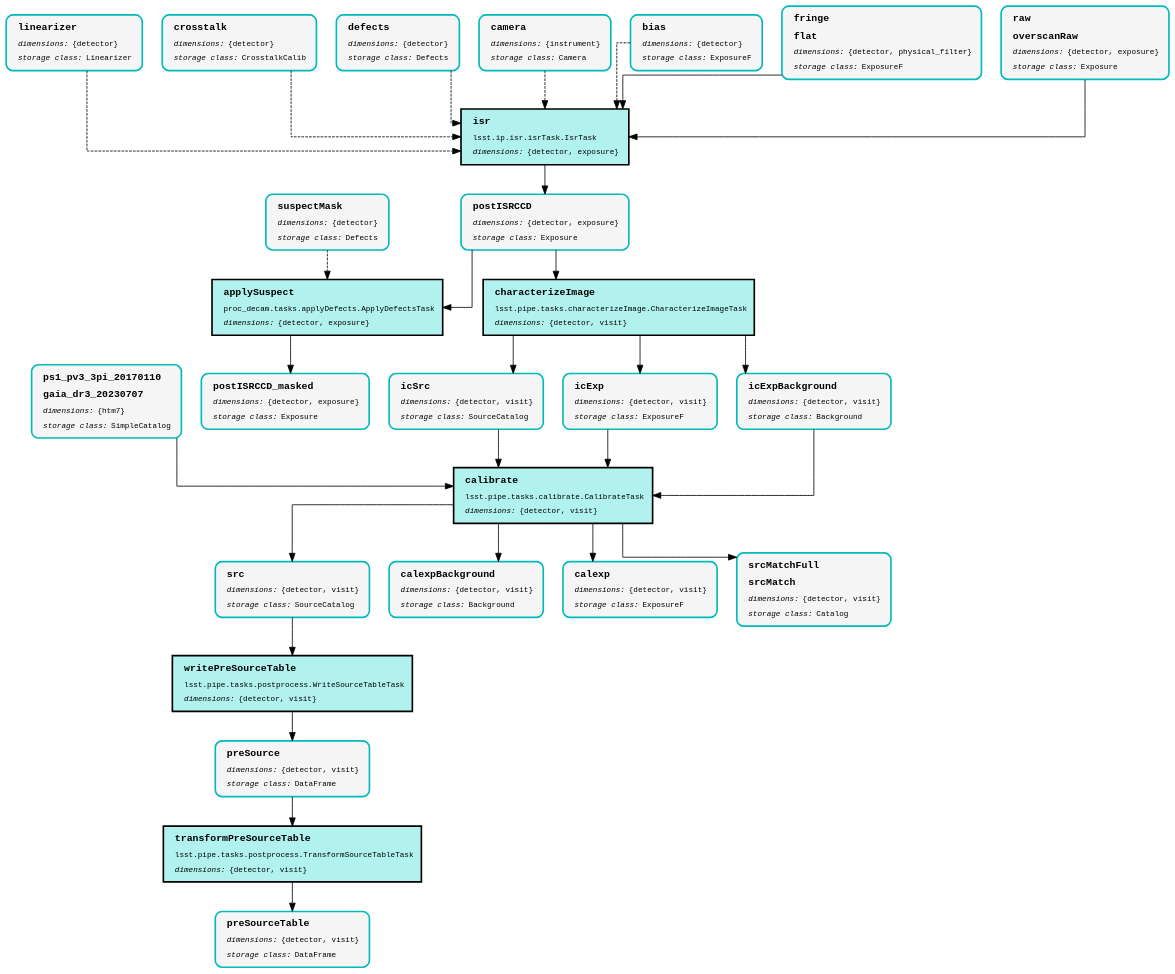
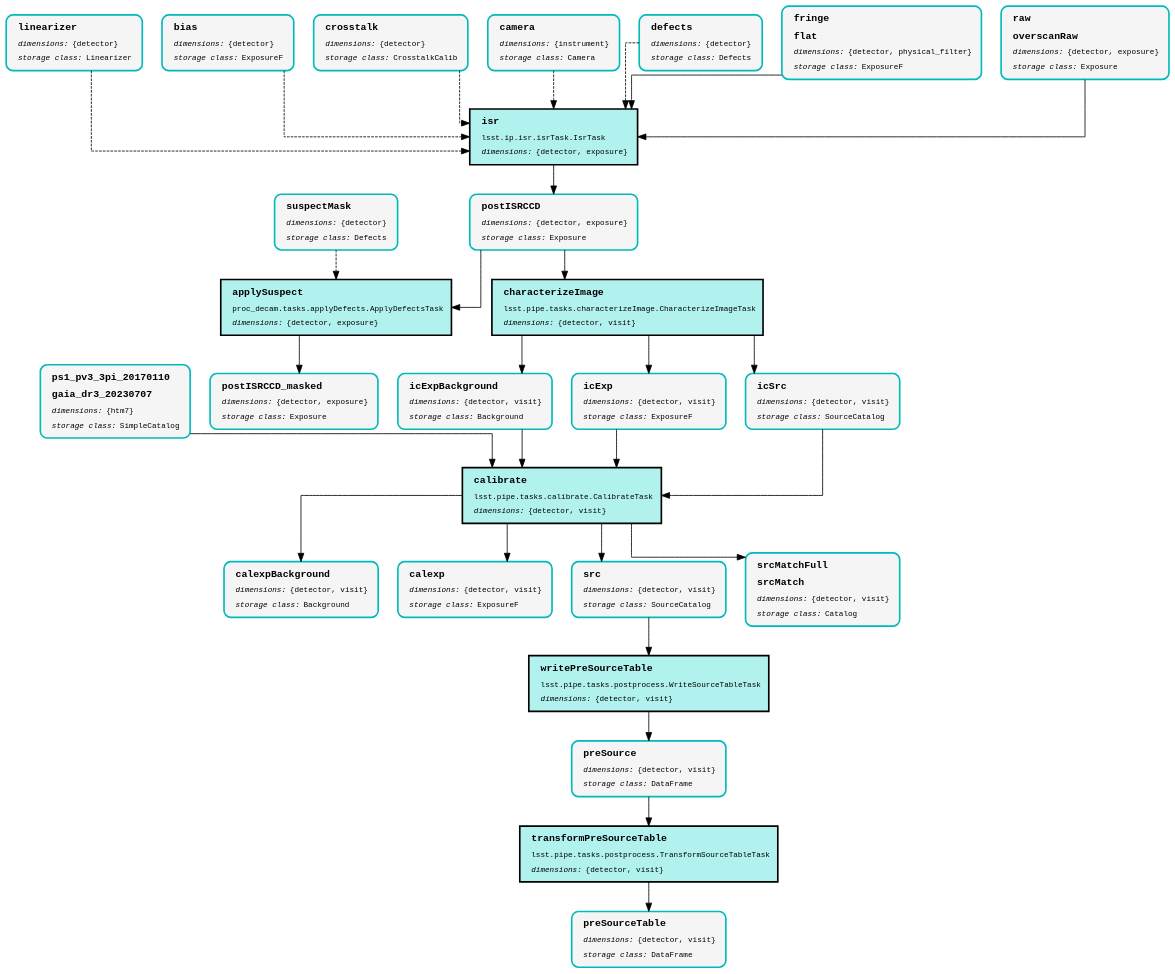
Before and after one commit to dirac-institute/proc-decam: the diagram in pipelines/DRP/step1/pipeline.dot, drawn with Graphviz. The commit also changed other lines of this file and 67 other files, not shown here.

```diff
--- a/pipelines/DRP/step1/pipeline.dot
+++ b/pipelines/DRP/step1/pipeline.dot
@@ -1,58 +1,58 @@
 digraph Pipeline {
 graph [splines="ortho", nodesep="0.5", ranksep="0.75"];
 node [shape="box", fontname="Monospace", fontsize="14", margin="0.2,0.1", penwidth="3"];
 edge [color="black", arrowsize="1.5", penwidth="1.5", pad="10mm"];
 "isr:2" [style="filled", color="black", fillcolor="#B1F2EF", label=<<TABLE BORDER="0" CELLPADDING="5"><TR><TD ALIGN="LEFT"><B><FONT POINT-SIZE="18">isr</FONT></B></TD></TR><TR><TD ALIGN="LEFT">lsst.ip.isr.isrTask.IsrTask</TD></TR><TR><TD ALIGN="LEFT"><I>dimensions:</I>&nbsp;{detector, exposure}</TD></TR></TABLE>>];
 "linearizer:0" [style="rounded,filled,bold", color="#00BABC", fillcolor="#F5F5F5", label=<<TABLE BORDER="0" CELLPADDING="5"><TR><TD ALIGN="LEFT"><B><FONT POINT-SIZE="18">linearizer</FONT></B></TD></TR><TR><TD ALIGN="LEFT"><I>dimensions:</I>&nbsp;{detector}</TD></TR><TR><TD ALIGN="LEFT"><I>storage class:</I>&nbsp;Linearizer</TD></TR></TABLE>>];
+"bias:0" [style="rounded,filled,bold", color="#00BABC", fillcolor="#F5F5F5", label=<<TABLE BORDER="0" CELLPADDING="5"><TR><TD ALIGN="LEFT"><B><FONT POINT-SIZE="18">bias</FONT></B></TD></TR><TR><TD ALIGN="LEFT"><I>dimensions:</I>&nbsp;{detector}</TD></TR><TR><TD ALIGN="LEFT"><I>storage class:</I>&nbsp;ExposureF</TD></TR></TABLE>>];
 "crosstalk:0" [style="rounded,filled,bold", color="#00BABC", fillcolor="#F5F5F5", label=<<TABLE BORDER="0" CELLPADDING="5"><TR><TD ALIGN="LEFT"><B><FONT POINT-SIZE="18">crosstalk</FONT></B></TD></TR><TR><TD ALIGN="LEFT"><I>dimensions:</I>&nbsp;{detector}</TD></TR><TR><TD ALIGN="LEFT"><I>storage class:</I>&nbsp;CrosstalkCalib</TD></TR></TABLE>>];
+"camera:0" [style="rounded,filled,bold", color="#00BABC", fillcolor="#F5F5F5", label=<<TABLE BORDER="0" CELLPADDING="5"><TR><TD ALIGN="LEFT"><B><FONT POINT-SIZE="18">camera</FONT></B></TD></TR><TR><TD ALIGN="LEFT"><I>dimensions:</I>&nbsp;{instrument}</TD></TR><TR><TD ALIGN="LEFT"><I>storage class:</I>&nbsp;Camera</TD></TR></TABLE>>];
 "defects:0" [style="rounded,filled,bold", color="#00BABC", fillcolor="#F5F5F5", label=<<TABLE BORDER="0" CELLPADDING="5"><TR><TD ALIGN="LEFT"><B><FONT POINT-SIZE="18">defects</FONT></B></TD></TR><TR><TD ALIGN="LEFT"><I>dimensions:</I>&nbsp;{detector}</TD></TR><TR><TD ALIGN="LEFT"><I>storage class:</I>&nbsp;Defects</TD></TR></TABLE>>];
-"camera:0" [style="rounded,filled,bold", color="#00BABC", fillcolor="#F5F5F5", label=<<TABLE BORDER="0" CELLPADDING="5"><TR><TD ALIGN="LEFT"><B><FONT POINT-SIZE="18">camera</FONT></B></TD></TR><TR><TD ALIGN="LEFT"><I>dimensions:</I>&nbsp;{instrument}</TD></TR><TR><TD ALIGN="LEFT"><I>storage class:</I>&nbsp;Camera</TD></TR></TABLE>>];
-"bias:0" [style="rounded,filled,bold", color="#00BABC", fillcolor="#F5F5F5", label=<<TABLE BORDER="0" CELLPADDING="5"><TR><TD ALIGN="LEFT"><B><FONT POINT-SIZE="18">bias</FONT></B></TD></TR><TR><TD ALIGN="LEFT"><I>dimensions:</I>&nbsp;{detector}</TD></TR><TR><TD ALIGN="LEFT"><I>storage class:</I>&nbsp;ExposureF</TD></TR></TABLE>>];
 "postISRCCD:0" [style="rounded,filled,bold", color="#00BABC", fillcolor="#F5F5F5", label=<<TABLE BORDER="0" CELLPADDING="5"><TR><TD ALIGN="LEFT"><B><FONT POINT-SIZE="18">postISRCCD</FONT></B></TD></TR><TR><TD ALIGN="LEFT"><I>dimensions:</I>&nbsp;{detector, exposure}</TD></TR><TR><TD ALIGN="LEFT"><I>storage class:</I>&nbsp;Exposure</TD></TR></TABLE>>];
 "characterizeImage:2" [style="filled", color="black", fillcolor="#B1F2EF", label=<<TABLE BORDER="0" CELLPADDING="5"><TR><TD ALIGN="LEFT"><B><FONT POINT-SIZE="18">characterizeImage</FONT></B></TD></TR><TR><TD ALIGN="LEFT">lsst.pipe.tasks.characterizeImage.CharacterizeImageTask</TD></TR><TR><TD ALIGN="LEFT"><I>dimensions:</I>&nbsp;{detector, visit}</TD></TR></TABLE>>];
+"icExpBackground:0" [style="rounded,filled,bold", color="#00BABC", fillcolor="#F5F5F5", label=<<TABLE BORDER="0" CELLPADDING="5"><TR><TD ALIGN="LEFT"><B><FONT POINT-SIZE="18">icExpBackground</FONT></B></TD></TR><TR><TD ALIGN="LEFT"><I>dimensions:</I>&nbsp;{detector, visit}</TD></TR><TR><TD ALIGN="LEFT"><I>storage class:</I>&nbsp;Background</TD></TR></TABLE>>];
+"icExp:0" [style="rounded,filled,bold", color="#00BABC", fillcolor="#F5F5F5", label=<<TABLE BORDER="0" CELLPADDING="5"><TR><TD ALIGN="LEFT"><B><FONT POINT-SIZE="18">icExp</FONT></B></TD></TR><TR><TD ALIGN="LEFT"><I>dimensions:</I>&nbsp;{detector, visit}</TD></TR><TR><TD ALIGN="LEFT"><I>storage class:</I>&nbsp;ExposureF</TD></TR></TABLE>>];
 "icSrc:0" [style="rounded,filled,bold", color="#00BABC", fillcolor="#F5F5F5", label=<<TABLE BORDER="0" CELLPADDING="5"><TR><TD ALIGN="LEFT"><B><FONT POINT-SIZE="18">icSrc</FONT></B></TD></TR><TR><TD ALIGN="LEFT"><I>dimensions:</I>&nbsp;{detector, visit}</TD></TR><TR><TD ALIGN="LEFT"><I>storage class:</I>&nbsp;SourceCatalog</TD></TR></TABLE>>];
-"icExp:0" [style="rounded,filled,bold", color="#00BABC", fillcolor="#F5F5F5", label=<<TABLE BORDER="0" CELLPADDING="5"><TR><TD ALIGN="LEFT"><B><FONT POINT-SIZE="18">icExp</FONT></B></TD></TR><TR><TD ALIGN="LEFT"><I>dimensions:</I>&nbsp;{detector, visit}</TD></TR><TR><TD ALIGN="LEFT"><I>storage class:</I>&nbsp;ExposureF</TD></TR></TABLE>>];
-"icExpBackground:0" [style="rounded,filled,bold", color="#00BABC", fillcolor="#F5F5F5", label=<<TABLE BORDER="0" CELLPADDING="5"><TR><TD ALIGN="LEFT"><B><FONT POINT-SIZE="18">icExpBackground</FONT></B></TD></TR><TR><TD ALIGN="LEFT"><I>dimensions:</I>&nbsp;{detector, visit}</TD></TR><TR><TD ALIGN="LEFT"><I>storage class:</I>&nbsp;Background</TD></TR></TABLE>>];
 "calibrate:2" [style="filled", color="black", fillcolor="#B1F2EF", label=<<TABLE BORDER="0" CELLPADDING="5"><TR><TD ALIGN="LEFT"><B><FONT POINT-SIZE="18">calibrate</FONT></B></TD></TR><TR><TD ALIGN="LEFT">lsst.pipe.tasks.calibrate.CalibrateTask</TD></TR><TR><TD ALIGN="LEFT"><I>dimensions:</I>&nbsp;{detector, visit}</TD></TR></TABLE>>];
-"src:0" [style="rounded,filled,bold", color="#00BABC", fillcolor="#F5F5F5", label=<<TABLE BORDER="0" CELLPADDING="5"><TR><TD ALIGN="LEFT"><B><FONT POINT-SIZE="18">src</FONT></B></TD></TR><TR><TD ALIGN="LEFT"><I>dimensions:</I>&nbsp;{detector, visit}</TD></TR><TR><TD ALIGN="LEFT"><I>storage class:</I>&nbsp;SourceCatalog</TD></TR></TABLE>>];
 "calexpBackground:0" [style="rounded,filled,bold", color="#00BABC", fillcolor="#F5F5F5", label=<<TABLE BORDER="0" CELLPADDING="5"><TR><TD ALIGN="LEFT"><B><FONT POINT-SIZE="18">calexpBackground</FONT></B></TD></TR><TR><TD ALIGN="LEFT"><I>dimensions:</I>&nbsp;{detector, visit}</TD></TR><TR><TD ALIGN="LEFT"><I>storage class:</I>&nbsp;Background</TD></TR></TABLE>>];
 "calexp:0" [style="rounded,filled,bold", color="#00BABC", fillcolor="#F5F5F5", label=<<TABLE BORDER="0" CELLPADDING="5"><TR><TD ALIGN="LEFT"><B><FONT POINT-SIZE="18">calexp</FONT></B></TD></TR><TR><TD ALIGN="LEFT"><I>dimensions:</I>&nbsp;{detector, visit}</TD></TR><TR><TD ALIGN="LEFT"><I>storage class:</I>&nbsp;ExposureF</TD></TR></TABLE>>];
+"src:0" [style="rounded,filled,bold", color="#00BABC", fillcolor="#F5F5F5", label=<<TABLE BORDER="0" CELLPADDING="5"><TR><TD ALIGN="LEFT"><B><FONT POINT-SIZE="18">src</FONT></B></TD></TR><TR><TD ALIGN="LEFT"><I>dimensions:</I>&nbsp;{detector, visit}</TD></TR><TR><TD ALIGN="LEFT"><I>storage class:</I>&nbsp;SourceCatalog</TD></TR></TABLE>>];
 "writePreSourceTable:2" [style="filled", color="black", fillcolor="#B1F2EF", label=<<TABLE BORDER="0" CELLPADDING="5"><TR><TD ALIGN="LEFT"><B><FONT POINT-SIZE="18">writePreSourceTable</FONT></B></TD></TR><TR><TD ALIGN="LEFT">lsst.pipe.tasks.postprocess.WriteSourceTableTask</TD></TR><TR><TD ALIGN="LEFT"><I>dimensions:</I>&nbsp;{detector, visit}</TD></TR></TABLE>>];
 "preSource:0" [style="rounded,filled,bold", color="#00BABC", fillcolor="#F5F5F5", label=<<TABLE BORDER="0" CELLPADDING="5"><TR><TD ALIGN="LEFT"><B><FONT POINT-SIZE="18">preSource</FONT></B></TD></TR><TR><TD ALIGN="LEFT"><I>dimensions:</I>&nbsp;{detector, visit}</TD></TR><TR><TD ALIGN="LEFT"><I>storage class:</I>&nbsp;DataFrame</TD></TR></TABLE>>];
 "transformPreSourceTable:2" [style="filled", color="black", fillcolor="#B1F2EF", label=<<TABLE BORDER="0" CELLPADDING="5"><TR><TD ALIGN="LEFT"><B><FONT POINT-SIZE="18">transformPreSourceTable</FONT></B></TD></TR><TR><TD ALIGN="LEFT">lsst.pipe.tasks.postprocess.TransformSourceTableTask</TD></TR><TR><TD ALIGN="LEFT"><I>dimensions:</I>&nbsp;{detector, visit}</TD></TR></TABLE>>];
 "preSourceTable:0" [style="rounded,filled,bold", color="#00BABC", fillcolor="#F5F5F5", label=<<TABLE BORDER="0" CELLPADDING="5"><TR><TD ALIGN="LEFT"><B><FONT POINT-SIZE="18">preSourceTable</FONT></B></TD></TR><TR><TD ALIGN="LEFT"><I>dimensions:</I>&nbsp;{detector, visit}</TD></TR><TR><TD ALIGN="LEFT"><I>storage class:</I>&nbsp;DataFrame</TD></TR></TABLE>>];
 "applySuspect:2" [style="filled", color="black", fillcolor="#B1F2EF", label=<<TABLE BORDER="0" CELLPADDING="5"><TR><TD ALIGN="LEFT"><B><FONT POINT-SIZE="18">applySuspect</FONT></B></TD></TR><TR><TD ALIGN="LEFT">proc_decam.tasks.applyDefects.ApplyDefectsTask</TD></TR><TR><TD ALIGN="LEFT"><I>dimensions:</I>&nbsp;{detector, exposure}</TD></TR></TABLE>>];
 "suspectMask:0" [style="rounded,filled,bold", color="#00BABC", fillcolor="#F5F5F5", label=<<TABLE BORDER="0" CELLPADDING="5"><TR><TD ALIGN="LEFT"><B><FONT POINT-SIZE="18">suspectMask</FONT></B></TD></TR><TR><TD ALIGN="LEFT"><I>dimensions:</I>&nbsp;{detector}</TD></TR><TR><TD ALIGN="LEFT"><I>storage class:</I>&nbsp;Defects</TD></TR></TABLE>>];
 "postISRCCD_masked:0" [style="rounded,filled,bold", color="#00BABC", fillcolor="#F5F5F5", label=<<TABLE BORDER="0" CELLPADDING="5"><TR><TD ALIGN="LEFT"><B><FONT POINT-SIZE="18">postISRCCD_masked</FONT></B></TD></TR><TR><TD ALIGN="LEFT"><I>dimensions:</I>&nbsp;{detector, exposure}</TD></TR><TR><TD ALIGN="LEFT"><I>storage class:</I>&nbsp;Exposure</TD></TR></TABLE>>];
 "d28a74d6:0" [style="rounded,filled,bold", color="#00BABC", fillcolor="#F5F5F5", label=<<TABLE BORDER="0" CELLPADDING="5"><TR><TD ALIGN="LEFT"><B><FONT POINT-SIZE="18">fringe</FONT></B></TD></TR><TR><TD ALIGN="LEFT"><B><FONT POINT-SIZE="18">flat</FONT></B></TD></TR><TR><TD ALIGN="LEFT"><I>dimensions:</I>&nbsp;{detector, physical_filter}</TD></TR><TR><TD ALIGN="LEFT"><I>storage class:</I>&nbsp;ExposureF</TD></TR></TABLE>>];
 "998e6c26:0" [style="rounded,filled,bold", color="#00BABC", fillcolor="#F5F5F5", label=<<TABLE BORDER="0" CELLPADDING="5"><TR><TD ALIGN="LEFT"><B><FONT POINT-SIZE="18">raw</FONT></B></TD></TR><TR><TD ALIGN="LEFT"><B><FONT POINT-SIZE="18">overscanRaw</FONT></B></TD></TR><TR><TD ALIGN="LEFT"><I>dimensions:</I>&nbsp;{detector, exposure}</TD></TR><TR><TD ALIGN="LEFT"><I>storage class:</I>&nbsp;Exposure</TD></TR></TABLE>>];
 "c1110ee2:0" [style="rounded,filled,bold", color="#00BABC", fillcolor="#F5F5F5", label=<<TABLE BORDER="0" CELLPADDING="5"><TR><TD ALIGN="LEFT"><B><FONT POINT-SIZE="18">ps1_pv3_3pi_20170110</FONT></B></TD></TR><TR><TD ALIGN="LEFT"><B><FONT POINT-SIZE="18">gaia_dr3_20230707</FONT></B></TD></TR><TR><TD ALIGN="LEFT"><I>dimensions:</I>&nbsp;{htm7}</TD></TR><TR><TD ALIGN="LEFT"><I>storage class:</I>&nbsp;SimpleCatalog</TD></TR></TABLE>>];
 "45e3f18b:0" [style="rounded,filled,bold", color="#00BABC", fillcolor="#F5F5F5", label=<<TABLE BORDER="0" CELLPADDING="5"><TR><TD ALIGN="LEFT"><B><FONT POINT-SIZE="18">srcMatchFull</FONT></B></TD></TR><TR><TD ALIGN="LEFT"><B><FONT POINT-SIZE="18">srcMatch</FONT></B></TD></TR><TR><TD ALIGN="LEFT"><I>dimensions:</I>&nbsp;{detector, visit}</TD></TR><TR><TD ALIGN="LEFT"><I>storage class:</I>&nbsp;Catalog</TD></TR></TABLE>>];
 "isr:2" -> "postISRCCD:0";
 "linearizer:0" -> "isr:2" [style="dashed"];
+"bias:0" -> "isr:2" [style="dashed"];
 "crosstalk:0" -> "isr:2" [style="dashed"];
+"camera:0" -> "isr:2" [style="dashed"];
 "defects:0" -> "isr:2" [style="dashed"];
-"camera:0" -> "isr:2" [style="dashed"];
-"bias:0" -> "isr:2" [style="dashed"];
 "postISRCCD:0" -> "characterizeImage:2";
 "postISRCCD:0" -> "applySuspect:2";
+"characterizeImage:2" -> "icExpBackground:0";
+"characterizeImage:2" -> "icExp:0";
 "characterizeImage:2" -> "icSrc:0";
-"characterizeImage:2" -> "icExp:0";
-"characterizeImage:2" -> "icExpBackground:0";
+"icExpBackground:0" -> "calibrate:2";
+"icExp:0" -> "calibrate:2";
 "icSrc:0" -> "calibrate:2";
-"icExp:0" -> "calibrate:2";
-"icExpBackground:0" -> "calibrate:2";
-"calibrate:2" -> "src:0";
 "calibrate:2" -> "calexpBackground:0";
 "calibrate:2" -> "calexp:0";
+"calibrate:2" -> "src:0";
 "calibrate:2" -> "45e3f18b:0";
 "src:0" -> "writePreSourceTable:2";
 "writePreSourceTable:2" -> "preSource:0";
 "preSource:0" -> "transformPreSourceTable:2";
 "transformPreSourceTable:2" -> "preSourceTable:0";
 "applySuspect:2" -> "postISRCCD_masked:0";
 "suspectMask:0" -> "applySuspect:2" [style="dashed"];
 "d28a74d6:0" -> "isr:2";
 "998e6c26:0" -> "isr:2";
 "c1110ee2:0" -> "calibrate:2";
 }
```
